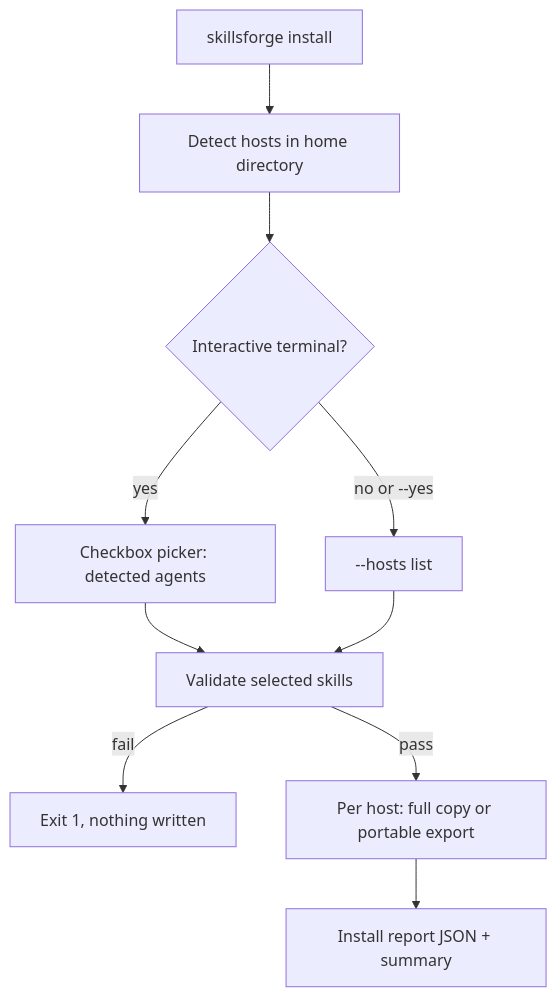
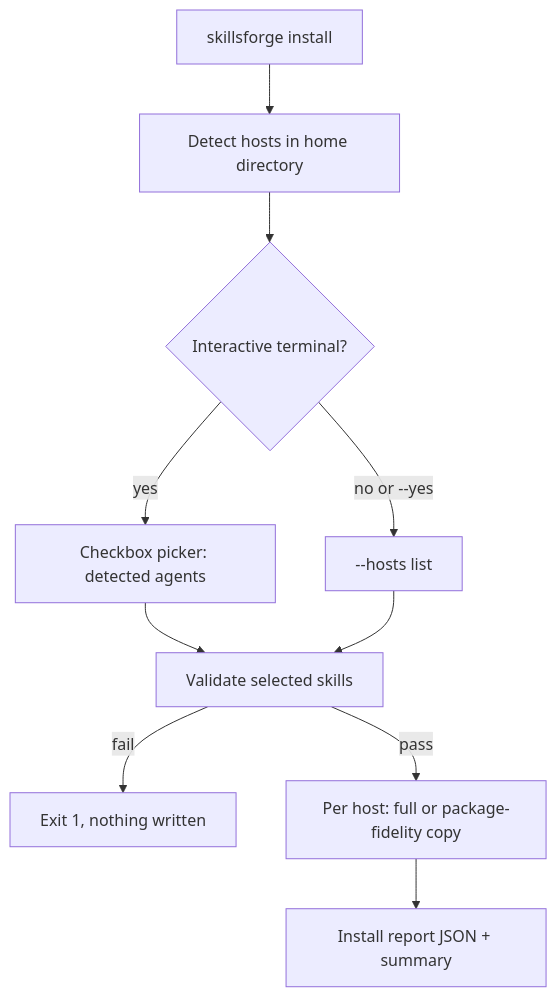
The fifth of 5 diagrams in docs/architecture.md (Tlkh201313/SkillsForge), drawn with Mermaid before and after one commit. The commit also changed other lines of this file and 10 other files, not shown here.

````diff
--- a/docs/architecture.md
+++ b/docs/architecture.md
@@ -64,12 +122,12 @@
 ```mermaid
 flowchart TD
     Run["skillsforge install"] --> Detect["Detect hosts in home directory"]
     Detect --> TUI{"Interactive terminal?"}
     TUI -->|yes| Picker["Checkbox picker: detected agents"]
     TUI -->|"no or --yes"| Flags["--hosts list"]
     Picker --> Validate["Validate selected skills"]
     Flags --> Validate
     Validate -->|fail| Abort["Exit 1, nothing written"]
-    Validate -->|pass| Copy["Per host: full copy or portable export"]
+    Validate -->|pass| Copy["Per host: full or package-fidelity copy"]
     Copy --> Report["Install report JSON + summary"]
 ```
````
